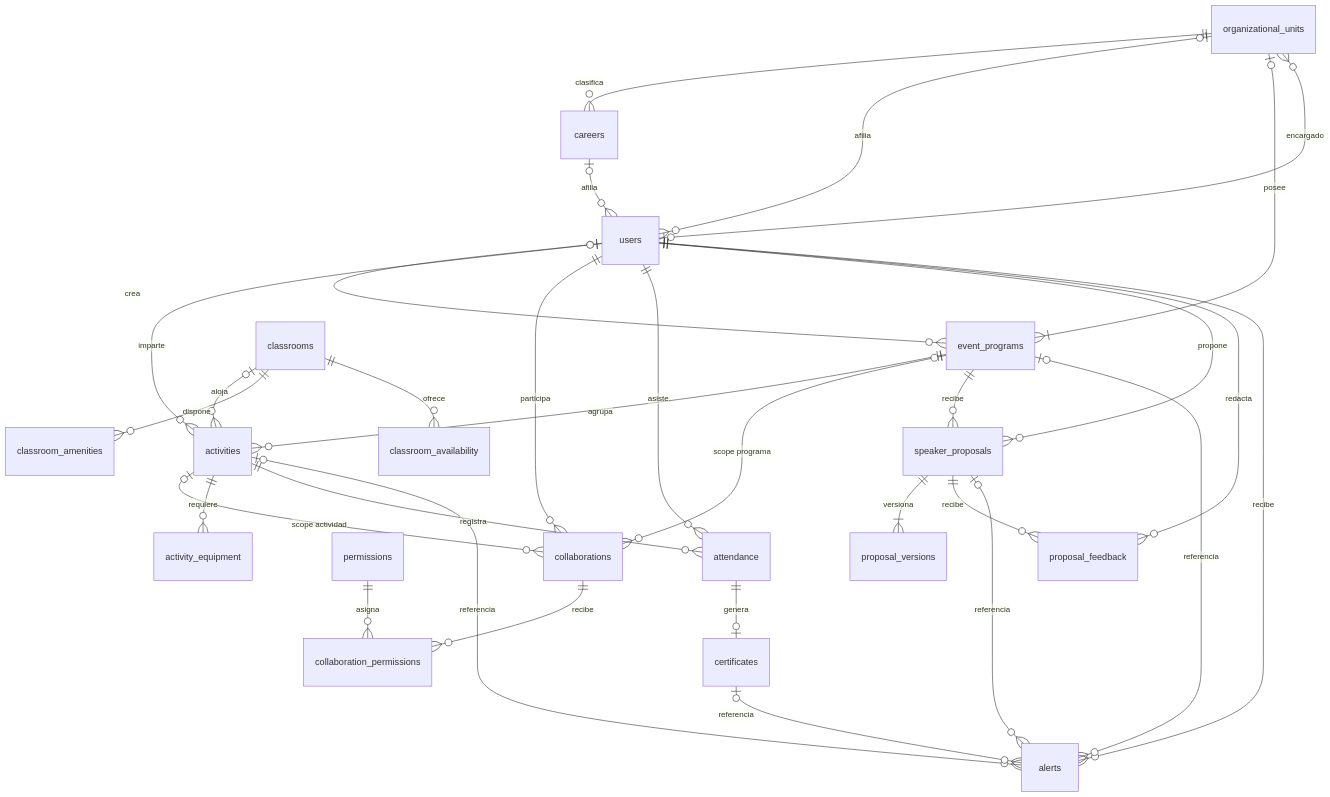
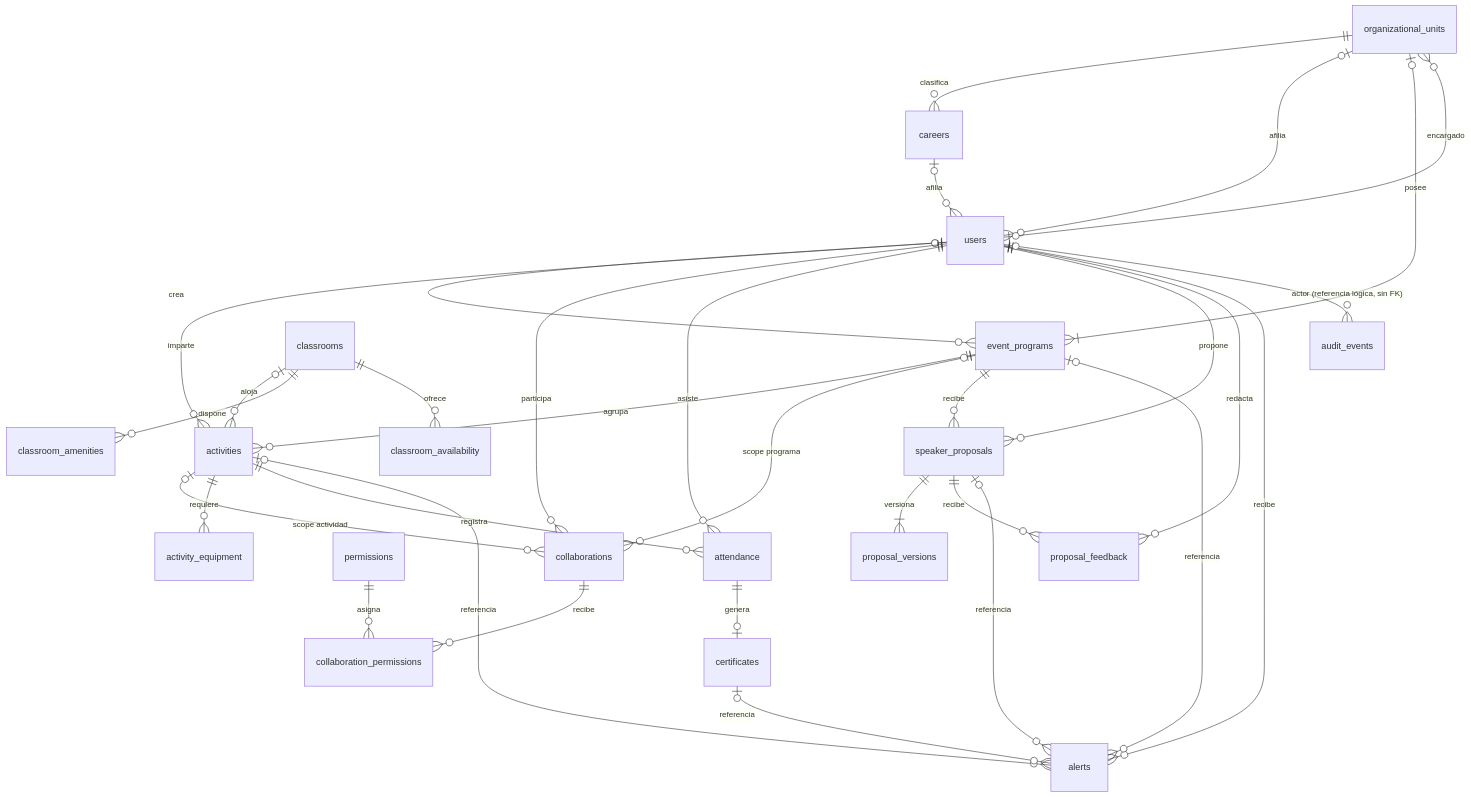
Before and after one commit to JoseAPeralta/SIPEG-UTP-BACKEND: the diagram in docs/er-diagram/ER-design-justification.md, drawn with Mermaid. The commit also changed other lines of this file and 1 other file, not shown here.

First line of the commit message:
docs(er): add audit_events to the ER model and document the database triggers

````diff
--- a/docs/er-diagram/ER-design-justification.md
+++ b/docs/er-diagram/ER-design-justification.md
@@ -577,33 +612,34 @@
 ```mermaid
 erDiagram
     organizational_units ||--o{ careers : "clasifica"
     organizational_units |o--o{ users : "afilia"
     organizational_units |o--|{ event_programs : "posee"
     users |o--o{ organizational_units : "encargado"
     careers |o--o{ users : "afilia"
     users |o--o{ event_programs : "crea"
     event_programs ||--o{ activities : "agrupa"
     users |o--o{ activities : "imparte"
     users ||--o{ collaborations : "participa"
     event_programs |o--o{ collaborations : "scope programa"
     activities |o--o{ collaborations : "scope actividad"
     collaborations ||--o{ collaboration_permissions : "recibe"
     permissions ||--o{ collaboration_permissions : "asigna"
     activities ||--o{ activity_equipment : "requiere"
     activities ||--o{ attendance : "registra"
     users ||--o{ attendance : "asiste"
     attendance ||--o| certificates : "genera"
     classrooms |o--o{ activities : "aloja"
     classrooms ||--o{ classroom_amenities : "dispone"
     classrooms ||--o{ classroom_availability : "ofrece"
     event_programs ||--o{ speaker_proposals : "recibe"
     users ||--o{ speaker_proposals : "propone"
     speaker_proposals ||--|{ proposal_versions : "versiona"
     speaker_proposals ||--o{ proposal_feedback : "recibe"
     users ||--o{ proposal_feedback : "redacta"
     users ||--o{ alerts : "recibe"
     event_programs |o--o{ alerts : "referencia"
     activities |o--o{ alerts : "referencia"
     speaker_proposals |o--o{ alerts : "referencia"
     certificates |o--o{ alerts : "referencia"
+    users |o--o{ audit_events : "actor (referencia lógica, sin FK)"
 ```
````
